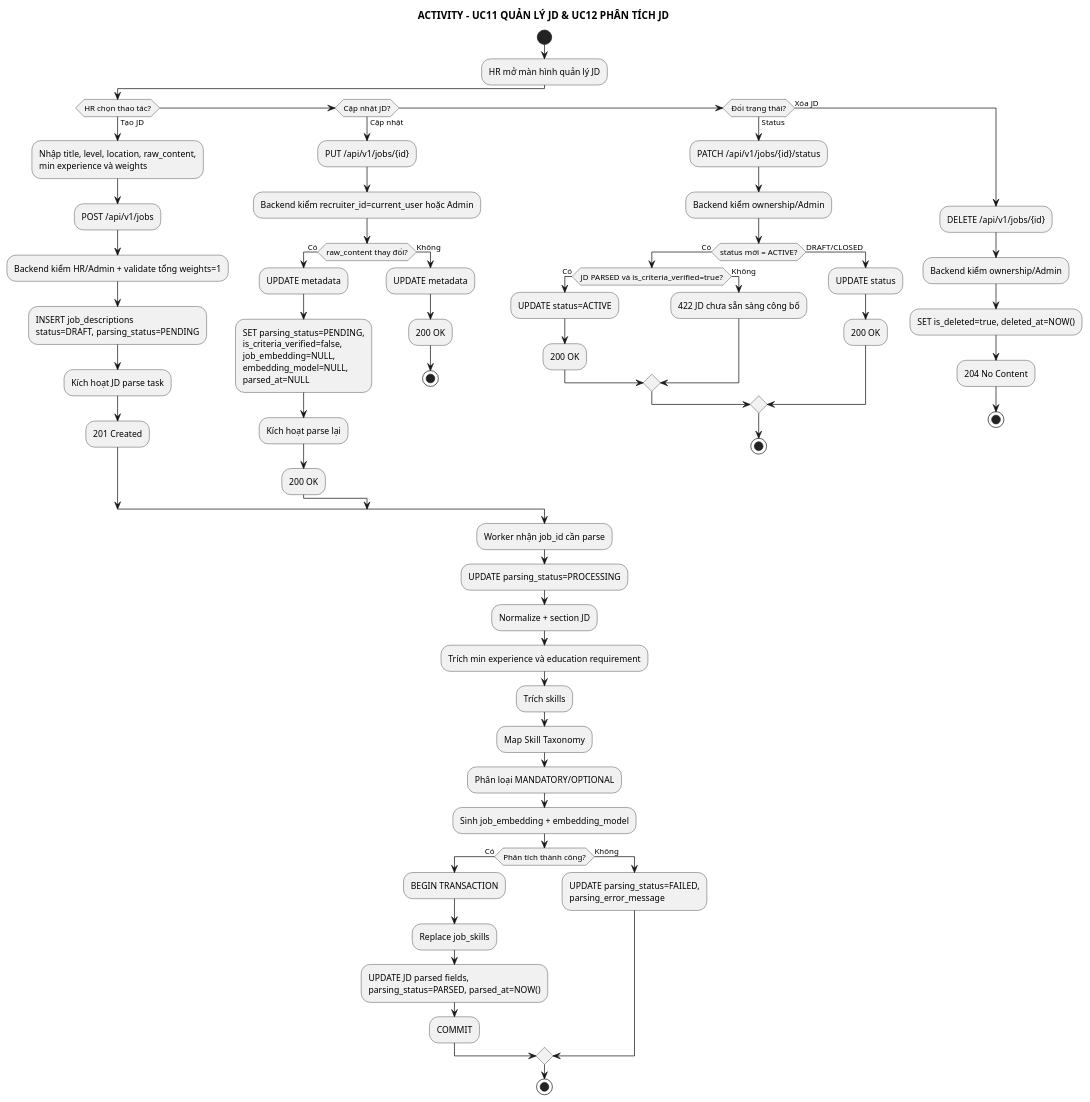
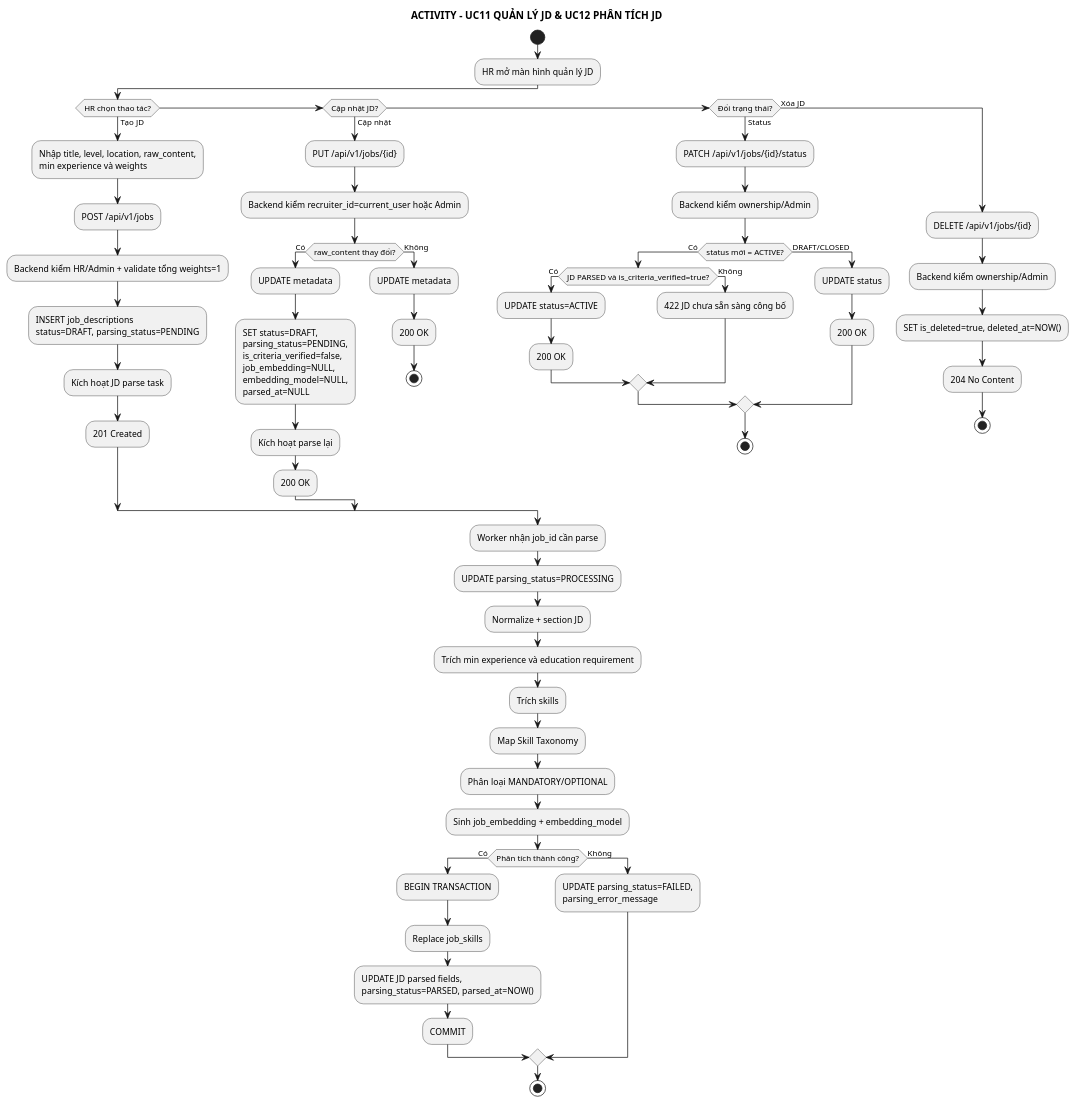
Before and after one commit to anh632k-ui/WebCVUngVienTuyenDung: the diagram in docs/03_activity/act_uc11_12_manage_parse_jd.puml, drawn with PlantUML.

Commit message:
docs(pttk): enforce DRAFT on JD raw-content reparse

```diff
--- a/docs/03_activity/act_uc11_12_manage_parse_jd.puml
+++ b/docs/03_activity/act_uc11_12_manage_parse_jd.puml
@@ -1,81 +1,82 @@
 @startuml
 skinparam monochrome true
 skinparam shadowing false
 
 title ACTIVITY - UC11 QUẢN LÝ JD & UC12 PHÂN TÍCH JD
 
 start
 :HR mở màn hình quản lý JD;
 
 if (HR chọn thao tác?) then (Tạo JD)
   :Nhập title, level, location, raw_content,
   min experience và weights;
   :POST /api/v1/jobs;
   :Backend kiểm HR/Admin + validate tổng weights=1;
   :INSERT job_descriptions
   status=DRAFT, parsing_status=PENDING;
   :Kích hoạt JD parse task;
   :201 Created;
 
 else if (Cập nhật JD?) then (Cập nhật)
   :PUT /api/v1/jobs/{id};
   :Backend kiểm recruiter_id=current_user hoặc Admin;
   if (raw_content thay đổi?) then (Có)
     :UPDATE metadata;
-    :SET parsing_status=PENDING,
+    :SET status=DRAFT,
+    parsing_status=PENDING,
     is_criteria_verified=false,
     job_embedding=NULL,
     embedding_model=NULL,
     parsed_at=NULL;
     :Kích hoạt parse lại;
     :200 OK;
   else (Không)
     :UPDATE metadata;
     :200 OK;
     stop
   endif
 
 else if (Đổi trạng thái?) then (Status)
   :PATCH /api/v1/jobs/{id}/status;
   :Backend kiểm ownership/Admin;
   if (status mới = ACTIVE?) then (Có)
     if (JD PARSED và is_criteria_verified=true?) then (Có)
       :UPDATE status=ACTIVE;
       :200 OK;
     else (Không)
       :422 JD chưa sẵn sàng công bố;
     endif
   else (DRAFT/CLOSED)
     :UPDATE status;
     :200 OK;
   endif
   stop
 
 else (Xóa JD)
   :DELETE /api/v1/jobs/{id};
   :Backend kiểm ownership/Admin;
   :SET is_deleted=true, deleted_at=NOW();
   :204 No Content;
   stop
 endif
 
 :Worker nhận job_id cần parse;
 :UPDATE parsing_status=PROCESSING;
 :Normalize + section JD;
 :Trích min experience và education requirement;
 :Trích skills;
 :Map Skill Taxonomy;
 :Phân loại MANDATORY/OPTIONAL;
 :Sinh job_embedding + embedding_model;
 if (Phân tích thành công?) then (Có)
   :BEGIN TRANSACTION;
   :Replace job_skills;
   :UPDATE JD parsed fields,
   parsing_status=PARSED, parsed_at=NOW();
   :COMMIT;
 else (Không)
   :UPDATE parsing_status=FAILED,
   parsing_error_message;
 endif
 stop
 @enduml
```
